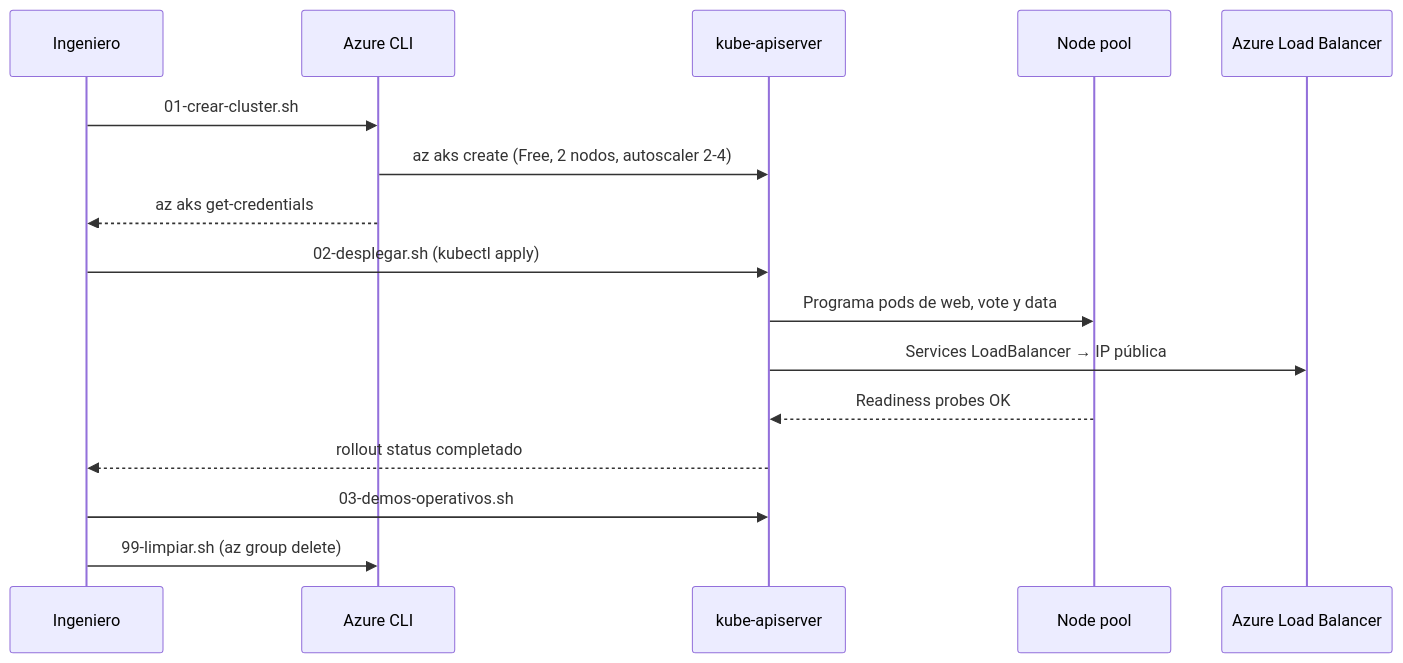
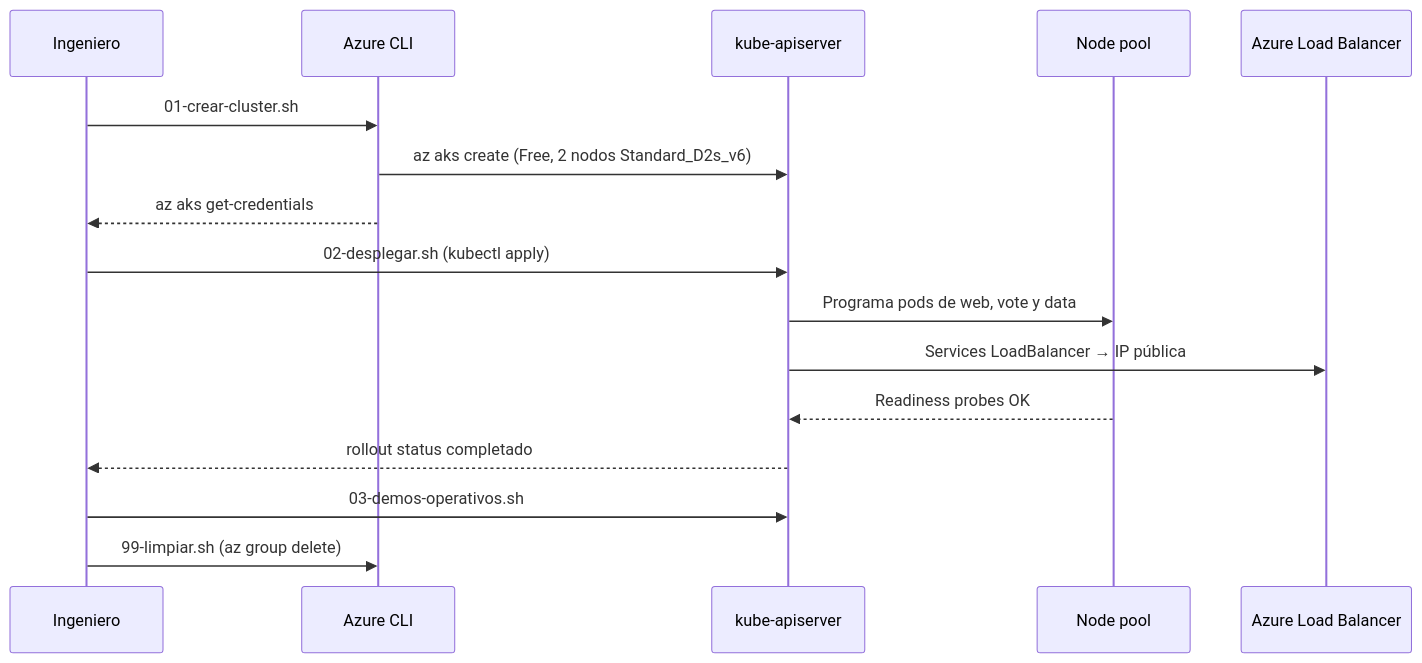
One commit to AlejoTechEngineer/aks-kubernetes-u3 changed the second of 2 diagrams in README.md. Above: the diagram before and after it, drawn with Mermaid. The commit also changed other lines of this file and 3 other files, not shown here.

````diff
--- a/README.md
+++ b/README.md
@@ -230,18 +232,18 @@
 ```mermaid
 sequenceDiagram
     participant U as Ingeniero
     participant AZ as Azure CLI
     participant API as kube-apiserver
     participant N as Node pool
     participant LB as Azure Load Balancer
     U->>AZ: 01-crear-cluster.sh
-    AZ->>API: az aks create (Free, 2 nodos, autoscaler 2-4)
+    AZ->>API: az aks create (Free, 2 nodos Standard_D2s_v6)
     AZ-->>U: az aks get-credentials
     U->>API: 02-desplegar.sh (kubectl apply)
     API->>N: Programa pods de web, vote y data
     API->>LB: Services LoadBalancer → IP pública
     N-->>API: Readiness probes OK
     API-->>U: rollout status completado
     U->>API: 03-demos-operativos.sh
     U->>AZ: 99-limpiar.sh (az group delete)
 ```
````
